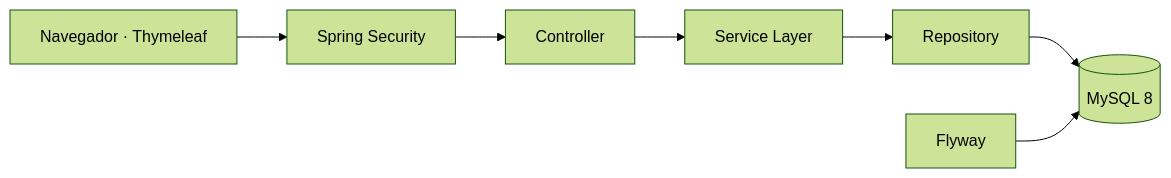
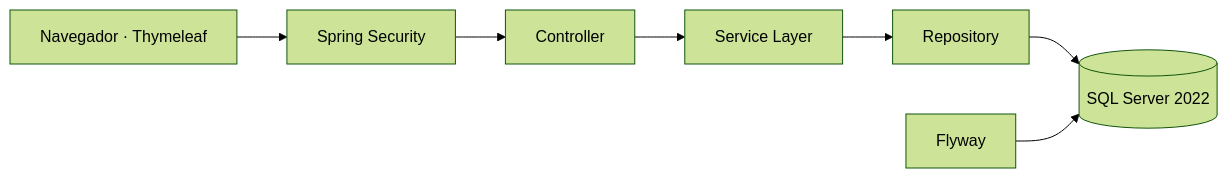
Before and after one commit to Jairo0811/Eventix: the diagram in README.md, drawn with Mermaid (forest theme). The commit also changed other lines of this file and 5 other files, not shown here.

````diff
--- a/README.md
+++ b/README.md
@@ -173,9 +173,9 @@
 ```mermaid
 flowchart LR
     Browser["Navegador · Thymeleaf"] --> Security["Spring Security"]
     Security --> Controller["Controller"]
     Controller --> Service["Service Layer"]
     Service --> Repository["Repository"]
-    Repository --> Database[("MySQL 8")]
+  Repository --> Database[(SQL Server 2022)]
     Flyway["Flyway"] --> Database
 ```
````
